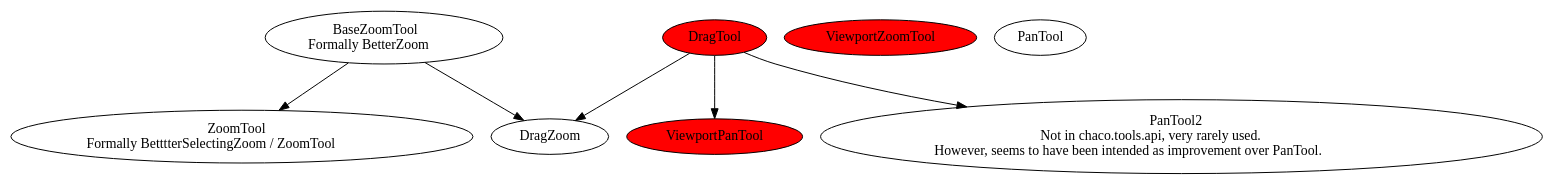
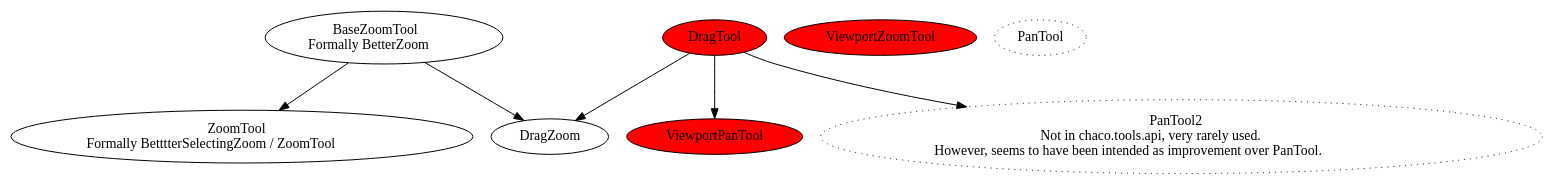
Before and after one commit to enthought/chaco: the second of 2 diagrams in docs/source/developer_reference/tool_reorg.rst, drawn with Graphviz. The commit also changed other lines of this file, not shown here.

```diff
--- a/docs/source/developer_reference/tool_reorg.rst
+++ b/docs/source/developer_reference/tool_reorg.rst
@@ -87,22 +96,23 @@
 .. graphviz::
 
     digraph NewToolInheritanceTree {
         BaseZoomTool [
             label=<BaseZoomTool<BR /><FONT POINT-SIZE="14">Formally BetterZoom</FONT>>
         ];
         ZoomTool [
             label=<ZoomTool<BR /><FONT POINT-SIZE="14">Formally BetttterSelectingZoom / ZoomTool</FONT>>
         ]
         BaseZoomTool -> ZoomTool;
         BaseZoomTool -> DragZoom;
         DragTool [fillcolor=red, style=filled];
         DragTool -> DragZoom;
         ViewportZoomTool [fillcolor=red, style=filled];
         ViewportPanTool [fillcolor=red, style=filled];
         DragTool -> ViewportPanTool;
-        PanTool;
+        PanTool [style="dotted"];
         PanTool2 [
-            label=<PanTool2<BR /><FONT POINT-SIZE="14">Not in chaco.tools.api, very rarely used.<BR />However, seems to have been intended as improvement over PanTool.</FONT>>
+            label=<PanTool2<BR /><FONT POINT-SIZE="14">Not in chaco.tools.api, very rarely used.<BR />However, seems to have been intended as improvement over PanTool.</FONT>>,
+            style="dotted"
         ];
         DragTool -> PanTool2;
     }
```
